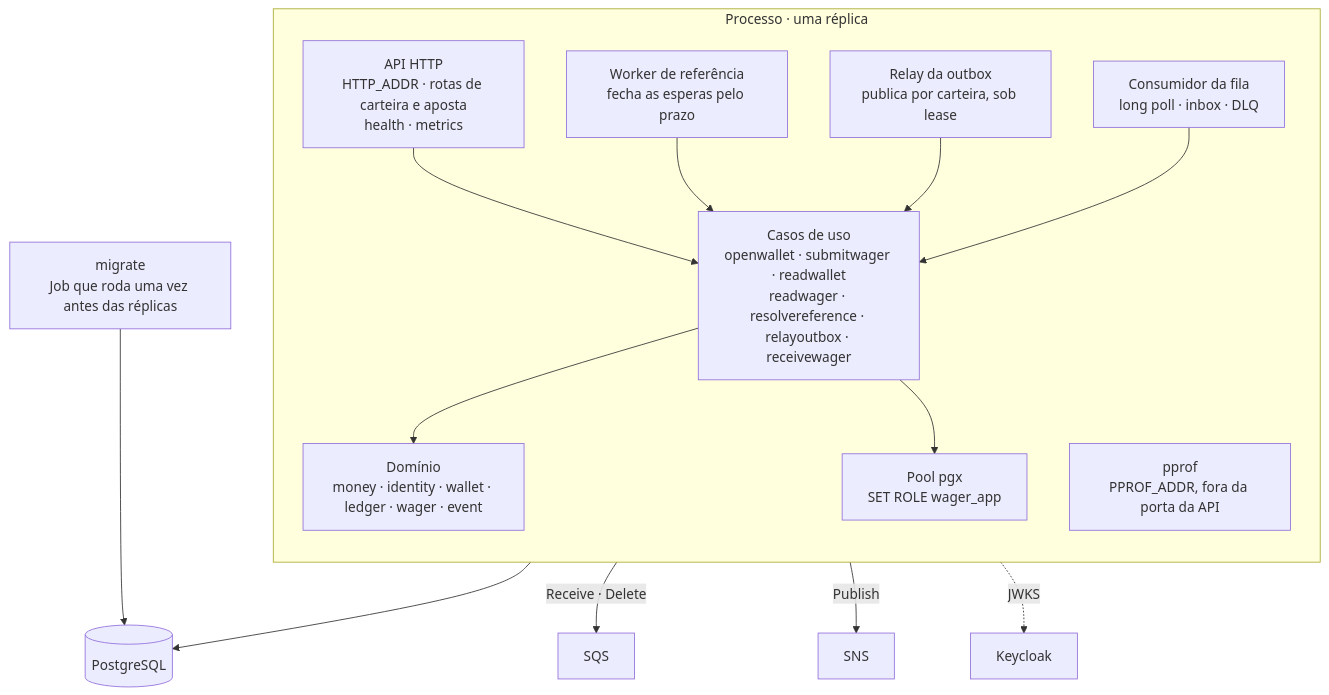
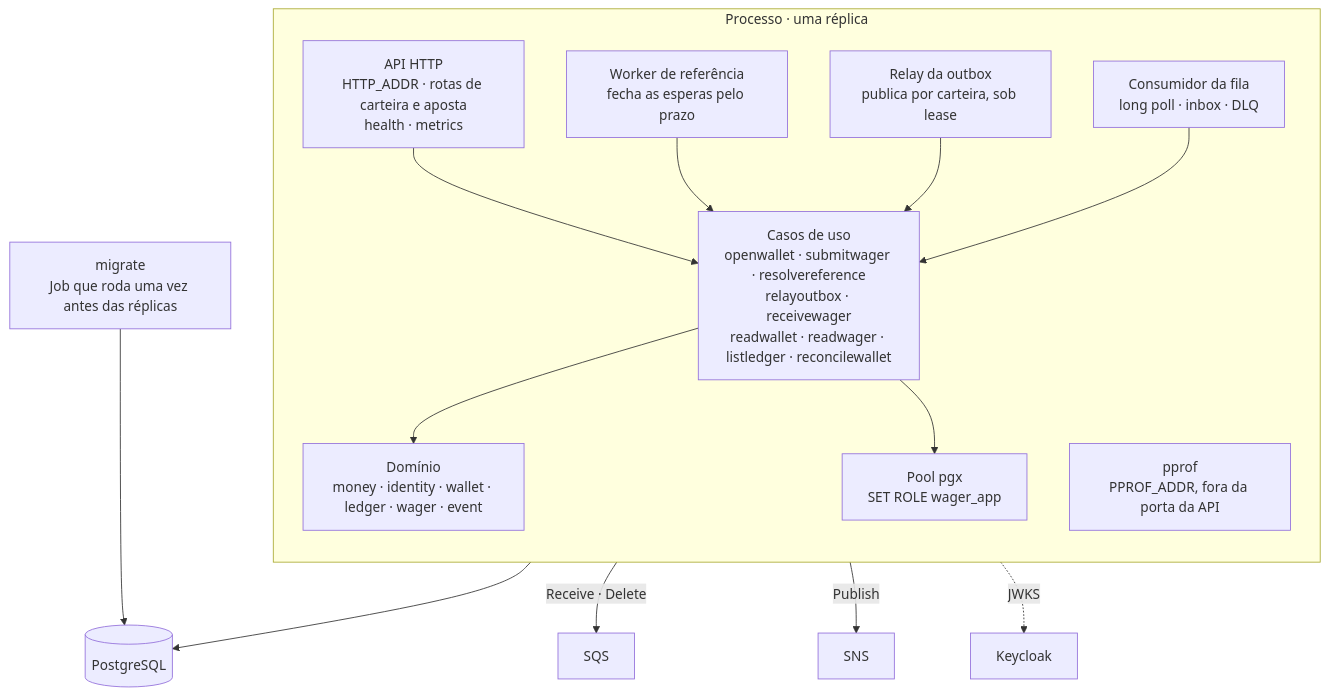
One commit to cassiusbessa/backend-challenge-go changed the second of 3 diagrams in docs/01-contexto.md. Above: the diagram before and after it, drawn with Mermaid. The commit also changed other lines of this file and 5 other files, not shown here.

````diff
--- a/docs/01-contexto.md
+++ b/docs/01-contexto.md
@@ -50,31 +50,31 @@
 ```mermaid
 flowchart TB
     subgraph process["Processo · uma réplica"]
         direction TB
         api["API HTTP<br/>HTTP_ADDR · rotas de carteira e aposta<br/>health · metrics"]
         pprof["pprof<br/>PPROF_ADDR, fora da porta da API"]
         ref["Worker de referência<br/>fecha as esperas pelo prazo"]
         relay["Relay da outbox<br/>publica por carteira, sob lease"]
         cons["Consumidor da fila<br/>long poll · inbox · DLQ"]
-        uc["Casos de uso<br/>openwallet · submitwager · readwallet<br/>readwager · resolvereference · relayoutbox · receivewager"]
+        uc["Casos de uso<br/>openwallet · submitwager · resolvereference<br/>relayoutbox · receivewager<br/>readwallet · readwager · listledger · reconcilewallet"]
         dom["Domínio<br/>money · identity · wallet · ledger · wager · event"]
         pool["Pool pgx<br/>SET ROLE wager_app"]
     end
     migrate["migrate<br/>Job que roda uma vez antes das réplicas"]
     pg[("PostgreSQL")]
     sqs["SQS"]
     sns["SNS"]
     kc["Keycloak"]
 
     api --> uc
     ref --> uc
     relay --> uc
     cons --> uc
     uc --> dom
     uc --> pool
     pool --> pg
     migrate --> pg
     cons -- "Receive · Delete" --> sqs
     relay -- "Publish" --> sns
     api -. "JWKS" .-> kc
 ```
````
